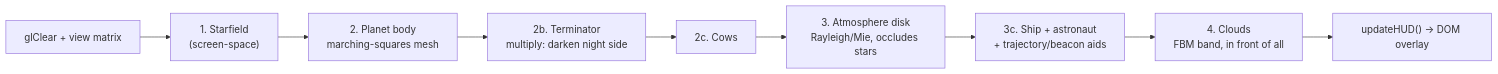
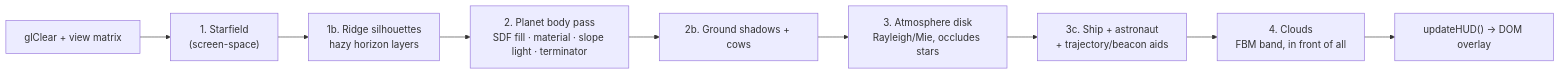
One commit to keithagroves/visitor changed the second of 2 diagrams in docs/flows/frame-loop.md. Above: the diagram before and after it, drawn with Mermaid. The commit also changed other lines of this file and 15 other files, not shown here.

````diff
--- a/docs/flows/frame-loop.md
+++ b/docs/flows/frame-loop.md
@@ -53,20 +53,20 @@
 ```mermaid
 flowchart LR
     Clear["glClear + view matrix"] --> Stars["1. Starfield<br/>(screen-space)"]
-    Stars --> Terrain["2. Planet body<br/>marching-squares mesh"]
-    Terrain --> Term["2b. Terminator<br/>multiply: darken night side"]
-    Term --> Cows["2c. Cows"]
+    Stars --> Ridges["1b. Ridge silhouettes<br/>hazy horizon layers"]
+    Ridges --> Terrain["2. Planet body pass<br/>SDF fill · material · slope light · terminator"]
+    Terrain --> Cows["2b. Ground shadows + cows"]
     Cows --> Atmo["3. Atmosphere disk<br/>Rayleigh/Mie, occludes stars"]
     Atmo --> Ship["3c. Ship + astronaut<br/>+ trajectory/beacon aids"]
     Ship --> Clouds["4. Clouds<br/>FBM band, in front of all"]
     Clouds --> HUD["updateHUD() → DOM overlay"]
 
     click Stars call navigate("../../src/core/main.cpp")
+    click Ridges call navigate("../../src/core/main.cpp")
     click Terrain call navigate("../../src/core/main.cpp")
-    click Term call navigate("../../src/core/main.cpp")
     click Cows call navigate("../../src/entities/cow.cpp")
     click Atmo call navigate("../../src/core/main.cpp")
     click Ship call navigate("../../src/entities/lander.cpp")
     click Clouds call navigate("../../src/core/main.cpp")
     click HUD call navigate("../../shell.html")
 ```
````
